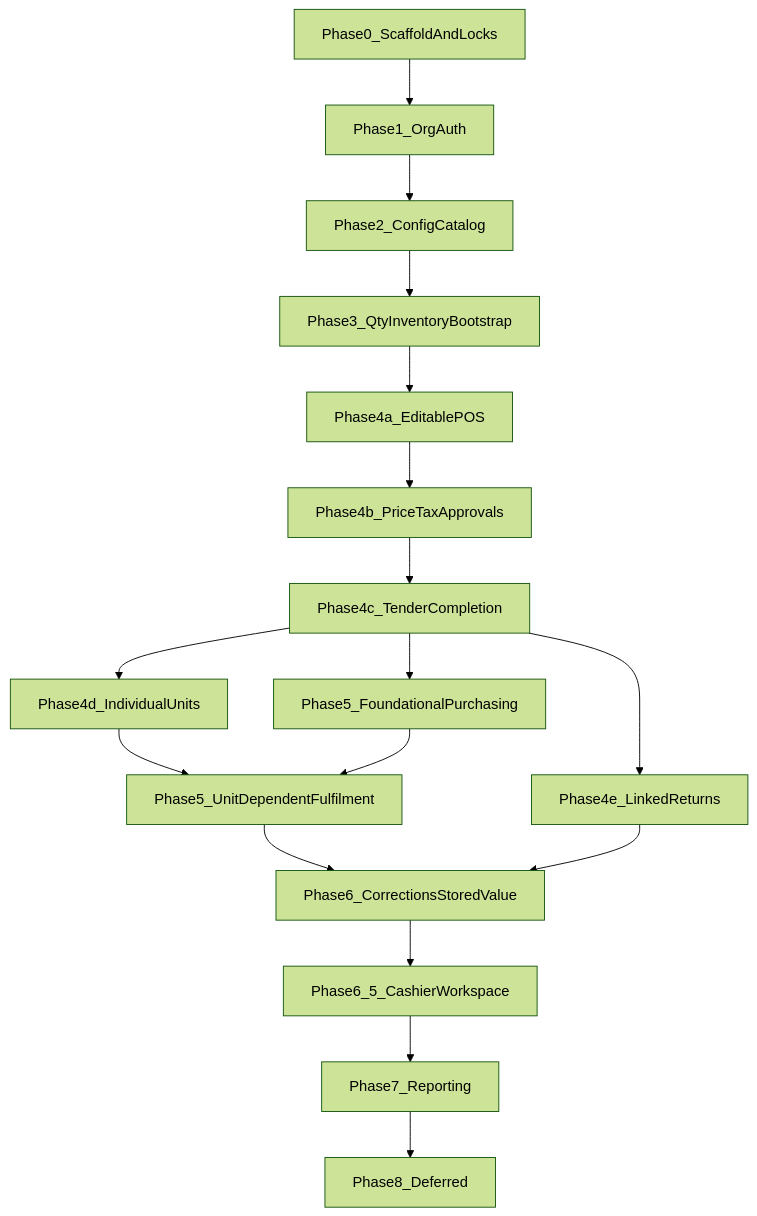
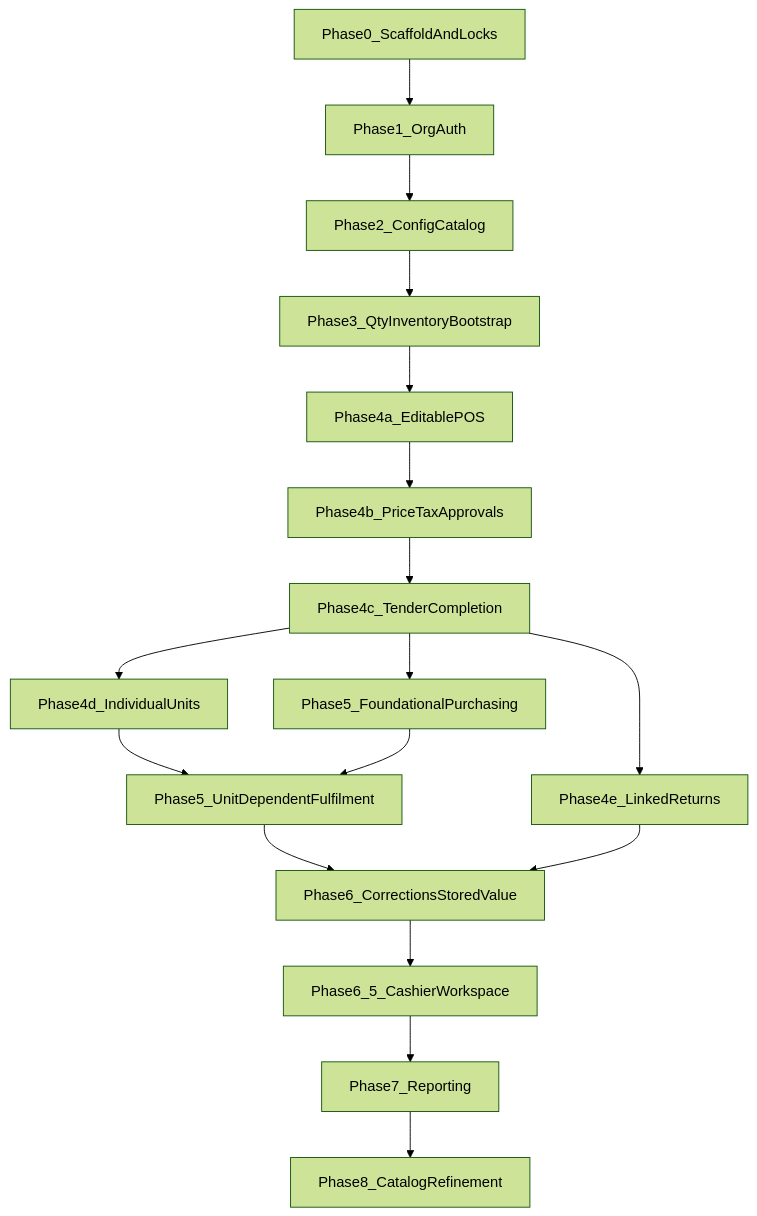
The diagram in docs/implementation/roadmap.md (tswarren/shelfstack-5), drawn with Mermaid (forest theme) before and after one commit. The commit also changed other lines of this file and 12 other files, not shown here.

First line of the commit message:
docs: close Phase 7 and introduce deferred work register

````diff
--- a/docs/implementation/roadmap.md
+++ b/docs/implementation/roadmap.md
@@ -29,27 +30,27 @@
 ```mermaid
 flowchart TD
   P0[Phase0_ScaffoldAndLocks]
   P1[Phase1_OrgAuth]
   P2[Phase2_ConfigCatalog]
   P3[Phase3_QtyInventoryBootstrap]
   P4a[Phase4a_EditablePOS]
   P4b[Phase4b_PriceTaxApprovals]
   P4c[Phase4c_TenderCompletion]
   P4d[Phase4d_IndividualUnits]
   P4e[Phase4e_LinkedReturns]
   P5f[Phase5_FoundationalPurchasing]
   P5u[Phase5_UnitDependentFulfilment]
   P6[Phase6_CorrectionsStoredValue]
   P65[Phase6_5_CashierWorkspace]
   P7[Phase7_Reporting]
-  P8[Phase8_Deferred]
+  P8[Phase8_CatalogRefinement]
 
   P0 --> P1 --> P2 --> P3 --> P4a --> P4b --> P4c
   P4c --> P4d
   P4c --> P4e
   P4c --> P5f
   P4d --> P5u
   P5f --> P5u
   P5u --> P6 --> P65 --> P7 --> P8
   P4e --> P6
 ```
````
